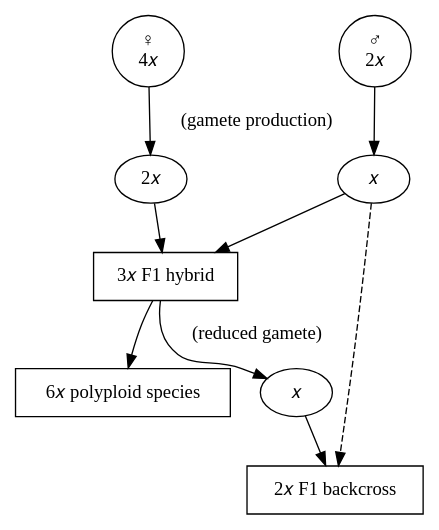
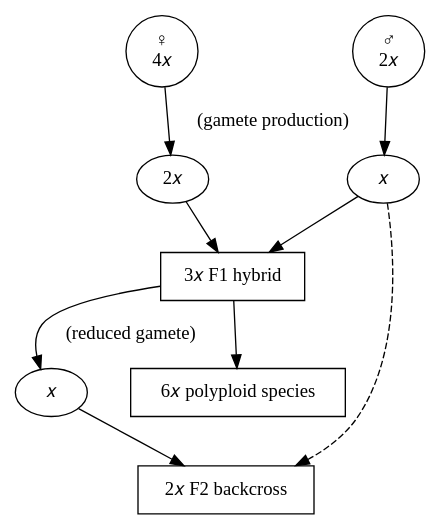
Before and after one commit to Euphrasiologist/cross_ploidy: the diagram in figures/crosses/backcross_triploid1.dot, drawn with Graphviz. The commit also changed 3 other files, not shown here.

Commit message:
First triploid backcross.

```diff
--- a/figures/crosses/backcross_triploid1.dot
+++ b/figures/crosses/backcross_triploid1.dot
@@ -1,20 +1,21 @@
-digraph "Backcross triploid" {
-"♀
-4𝑥" -> "2𝑥" [label="  (gamete production)"]
-"♂
-2𝑥" -> "𝑥" 
-"3𝑥 F1 hybrid" [shape="box"]
+digraph "Backcross triploid1" {
+    // nodes
+    maternal [ label = "♀\n4𝑥" class = "backcross_triploid_1 hexaploid backcross"]
+    maternal_gamete [ label = "2𝑥" class = "backcross_triploid_1 hexaploid backcross" ]
+    paternal [ label = "♂\n2𝑥" class = "backcross_triploid_1 hexaploid backcross" ]
+    paternal_gamete [ label = "𝑥" class = "backcross_triploid_1 hexaploid backcross" ]
+    hybrid_outcome_1 [ label =  "3𝑥 F1 hybrid" shape = "box" class = "backcross_triploid_1 hexaploid backcross" ]
+    hybrid_outcome_1_gamete [ label = "𝑥" class = "backcross_triploid_1 backcross" ]
+    hybrid_outcome_2 [ label =  "6𝑥 polyploid species" shape = "box" class = "backcross_triploid_1 hexaploid onhover" ]
+    hybrid_outcome_3 [ label =  "2𝑥 F2 backcross" shape = "box" class = "backcross_triploid_1 backcross onhover" ]
 
-"𝑥" -> "3𝑥 F1 hybrid" 
-"2𝑥" -> "3𝑥 F1 hybrid" 
-
-"2𝑥 F1 backcross" [shape="box"]
-"6𝑥 polyploid species" [shape="box"]
-"3𝑥 F1 hybrid" -> "6𝑥 polyploid species"
-
-"3𝑥 F1 hybrid" -> "𝑥 " [label=" (reduced gamete)  "]
-"𝑥" -> "2𝑥 F1 backcross" [style="dashed"]
-"𝑥 " -> "2𝑥 F1 backcross"
- 
-
+    // edges
+    maternal -> maternal_gamete [label="  (gamete production)" class = "backcross_triploid_1 hexaploid backcross" ]
+    paternal -> paternal_gamete [ class = "backcross_triploid_1 hexaploid backcross" ]
+    maternal_gamete -> hybrid_outcome_1 [ class = "backcross_triploid_1 hexaploid backcross" ]
+    paternal_gamete -> hybrid_outcome_1 [ class = "backcross_triploid_1 hexaploid backcross" ]
+    hybrid_outcome_1 -> hybrid_outcome_2 [ class = "backcross_triploid_1 hexaploid" ]
+    hybrid_outcome_1 -> hybrid_outcome_1_gamete [ class = "backcross_triploid_1 backcross" label = " (reduced gamete)  "]
+    hybrid_outcome_1_gamete -> hybrid_outcome_3 [ class = "backcross_triploid_1 backcross" ]
+    paternal_gamete -> hybrid_outcome_3 [ class = "backcross_triploid_1 backcross" style="dashed" ]
 }
```
